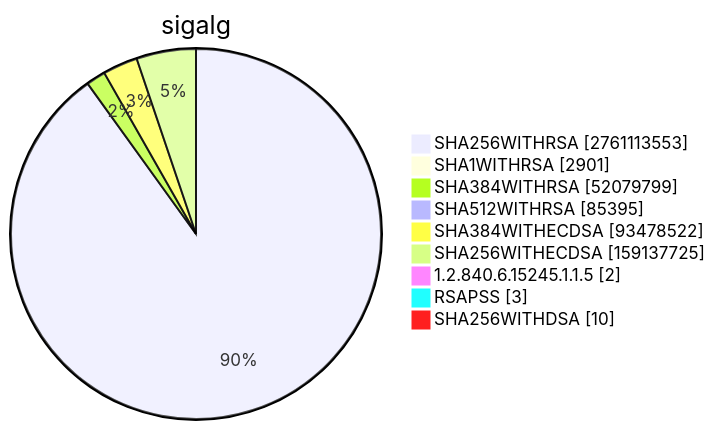
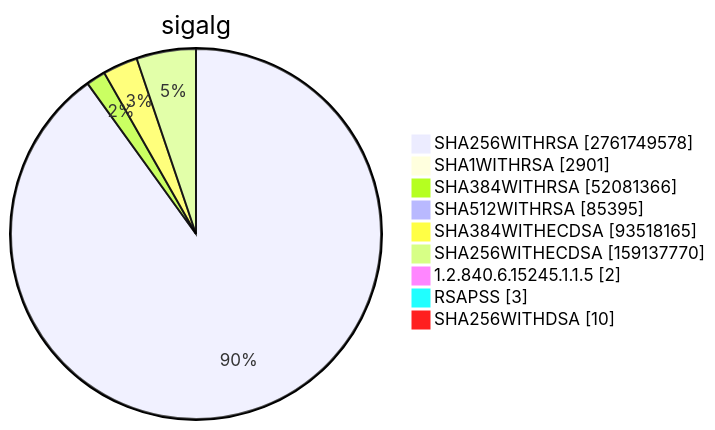
Diagram 15 of 15 in TOTAL/README.md (christiankrug/ctmonitor_visualization), drawn with Mermaid before and after one commit. The commit also changed other lines of this file, not shown here.

````diff
--- a/TOTAL/README.md
+++ b/TOTAL/README.md
@@ -6205,13 +6205,13 @@
 ```mermaid
 pie showData
 title sigalg
-"SHA256WITHRSA" :2761113553
+"SHA256WITHRSA" :2761749578
 "SHA1WITHRSA" :2901
-"SHA384WITHRSA" :52079799
+"SHA384WITHRSA" :52081366
 "SHA512WITHRSA" :85395
-"SHA384WITHECDSA" :93478522
-"SHA256WITHECDSA" :159137725
+"SHA384WITHECDSA" :93518165
+"SHA256WITHECDSA" :159137770
 "1.2.840.6.15245.1.1.5" :2
 "RSAPSS" :3
 "SHA256WITHDSA" :10
 ```
````
